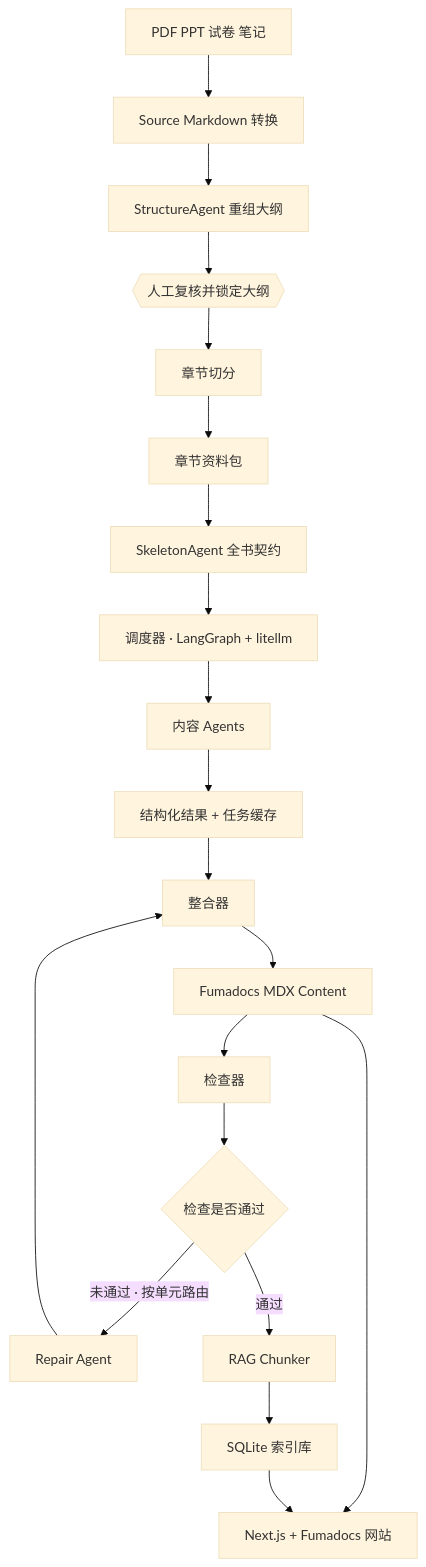
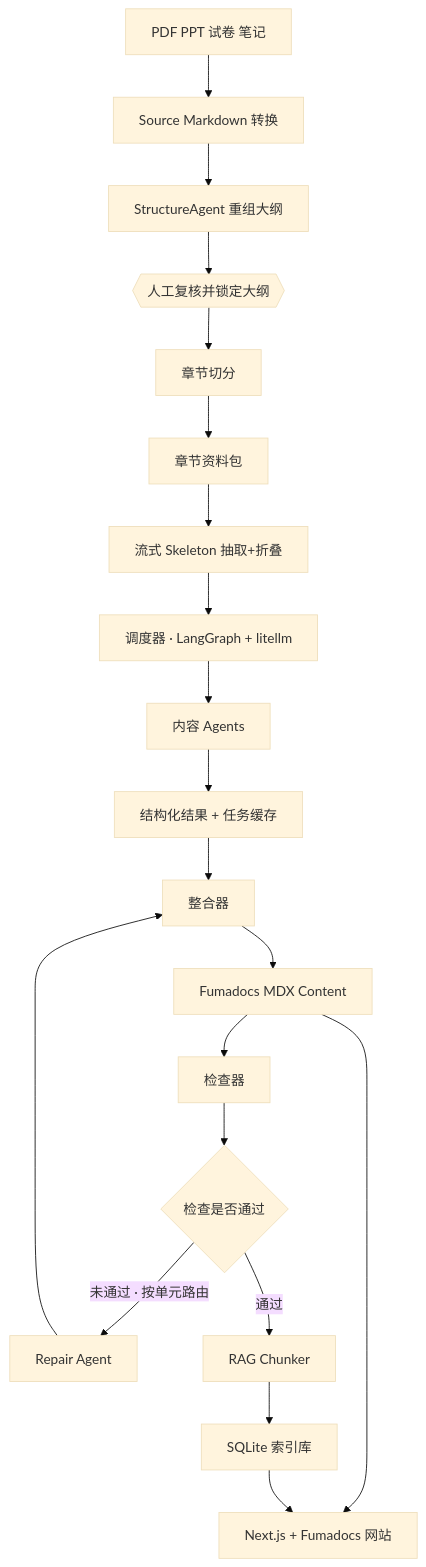
Before and after one commit to pppwaw/bookwiki: the first of 5 diagrams in design.md, drawn with Mermaid (base theme). The commit also changed other lines of this file and 2 other files, not shown here.

First line of the commit message:
docs: 更新 build_skeleton/structure/配置默认值文档匹配流式重构

````diff
--- a/design.md
+++ b/design.md
@@ -51,22 +51,22 @@
 ```mermaid
 flowchart TD
     A[PDF PPT 试卷 笔记] --> B[Source Markdown 转换]
     B --> C[StructureAgent 重组大纲]
     C --> GATE{{人工复核并锁定大纲}}
     GATE --> D[章节切分]
     D --> P[章节资料包]
-    P --> SKEL[SkeletonAgent 全书契约]
+    P --> SKEL[流式 Skeleton 抽取+折叠]
     SKEL --> SCHED[调度器 · LangGraph + litellm]
     SCHED --> E[内容 Agents]
     E --> F[结构化结果 + 任务缓存]
     F --> G[整合器]
     G --> H[Fumadocs MDX Content]
     H --> I[检查器]
     I --> J{检查是否通过}
     J -->|未通过 · 按单元路由| K[Repair Agent]
     K --> G
     J -->|通过| L[RAG Chunker]
     L --> M[SQLite 索引库]
     H --> N[Next.js + Fumadocs 网站]
     M --> N
 ```
````
